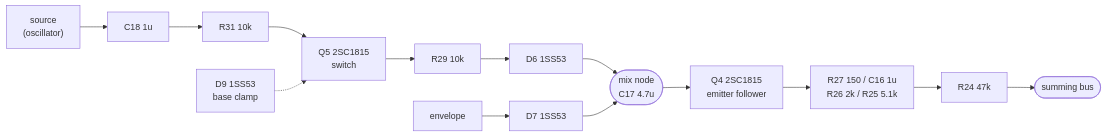
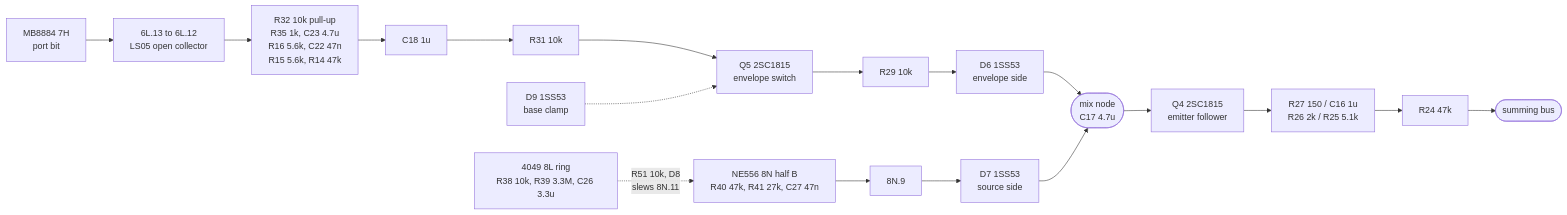
The diagram in docs/schematics/dkong-effect-chain.md (patsoffice/phosphor-emulator), drawn with Mermaid before and after one commit. The commit also changed other lines of this file and 3 other files, not shown here.

````diff
--- a/docs/schematics/dkong-effect-chain.md
+++ b/docs/schematics/dkong-effect-chain.md
@@ -60,16 +104,20 @@
 ```mermaid
 flowchart LR
-    SRC["source<br/>(oscillator)"] --> C18["C18 1u"]
+    PB["MB8884 7H<br/>port bit"] --> LS05["6L.13 to 6L.12<br/>LS05 open collector"]
+    LS05 --> ENVRC["R32 10k pull-up<br/>R35 1k, C23 4.7u<br/>R16 5.6k, C22 47n<br/>R15 5.6k, R14 47k"]
+    ENVRC --> C18["C18 1u"]
     C18 --> R31["R31 10k"]
-    R31 --> Q5["Q5 2SC1815<br/>switch"]
+    R31 --> Q5["Q5 2SC1815<br/>envelope switch"]
     D9["D9 1SS53<br/>base clamp"] -.-> Q5
     Q5 --> R29["R29 10k"]
-    R29 --> D6["D6 1SS53"]
-    ENV["envelope"] --> D7["D7 1SS53"]
+    R29 --> D6["D6 1SS53<br/>envelope side"]
+    OSC["NE556 8N half B<br/>R40 47k, R41 27k, C27 47n"] --> P9["8N.9"]
+    WOB["4049 8L ring<br/>R38 10k, R39 3.3M, C26 3.3u"] -.->|"R51 10k, D8<br/>slews 8N.11"| OSC
+    P9 --> D7["D7 1SS53<br/>source side"]
     D6 --> NODE(["mix node<br/>C17 4.7u"])
     D7 --> NODE
     NODE --> Q4["Q4 2SC1815<br/>emitter follower"]
     Q4 --> DIV["R27 150 / C16 1u<br/>R26 2k / R25 5.1k"]
     DIV --> R24["R24 47k"]
     R24 --> BUS(["summing bus"])
 ```
````
